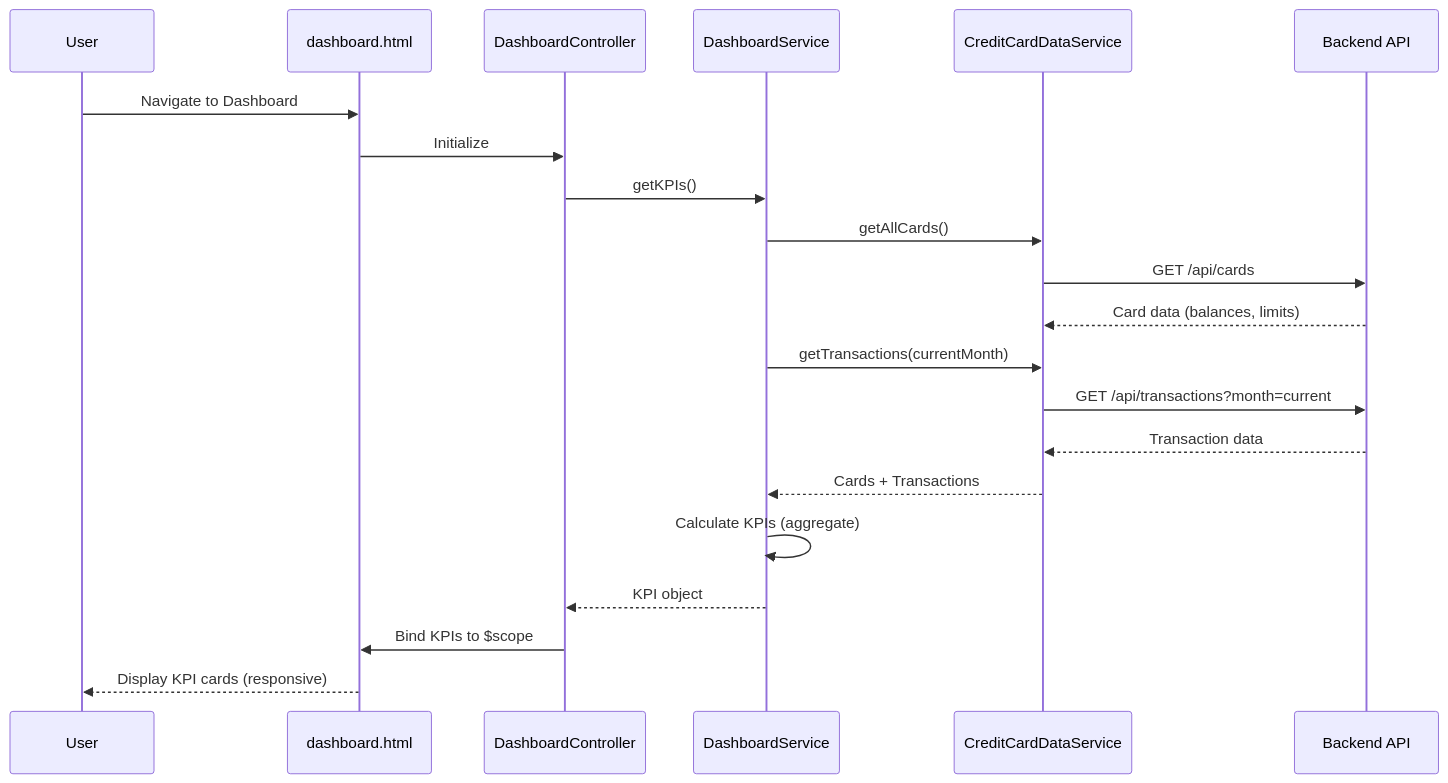
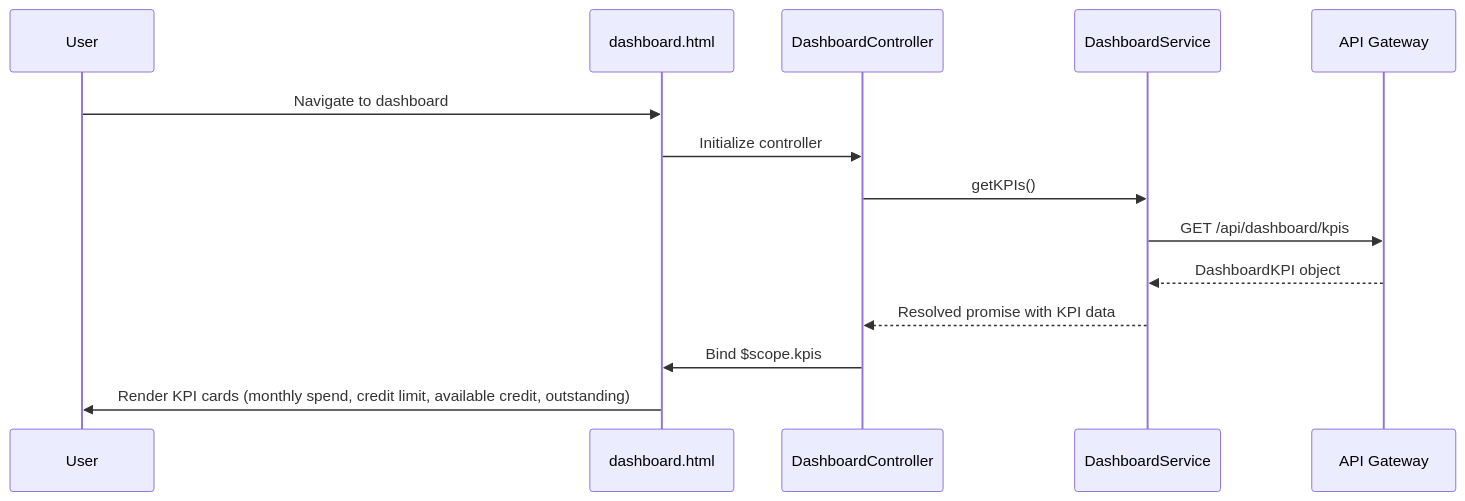
Before and after one commit to Davamani-git/APB_Demo: the diagram in LLD/QE-4860_LLD.md, drawn with Mermaid. The commit also changed other lines of this file, not shown here.

````diff
--- a/LLD/QE-4860_LLD.md
+++ b/LLD/QE-4860_LLD.md
@@ -85,24 +64,17 @@
 ```mermaid
 sequenceDiagram
     participant User
-    participant DashboardView as dashboard.html
-    participant DashboardCtrl as DashboardController
-    participant DashboardSvc as DashboardService
-    participant CardDataSvc as CreditCardDataService
-    participant API as Backend API
-
-    User->>DashboardView: Navigate to Dashboard
-    DashboardView->>DashboardCtrl: Initialize
-    DashboardCtrl->>DashboardSvc: getKPIs()
-    DashboardSvc->>CardDataSvc: getAllCards()
-    CardDataSvc->>API: GET /api/cards
-    API-->>CardDataSvc: Card data (balances, limits)
-    DashboardSvc->>CardDataSvc: getTransactions(currentMonth)
-    CardDataSvc->>API: GET /api/transactions?month=current
-    API-->>CardDataSvc: Transaction data
-    CardDataSvc-->>DashboardSvc: Cards + Transactions
-    DashboardSvc->>DashboardSvc: Calculate KPIs (aggregate)
-    DashboardSvc-->>DashboardCtrl: KPI object
-    DashboardCtrl->>DashboardView: Bind KPIs to $scope
-    DashboardView-->>User: Display KPI cards (responsive)
+    participant View as dashboard.html
+    participant Controller as DashboardController
+    participant Service as DashboardService
+    participant API as API Gateway
+    
+    User->>View: Navigate to dashboard
+    View->>Controller: Initialize controller
+    Controller->>Service: getKPIs()
+    Service->>API: GET /api/dashboard/kpis
+    API-->>Service: DashboardKPI object
+    Service-->>Controller: Resolved promise with KPI data
+    Controller->>View: Bind $scope.kpis
+    View->>User: Render KPI cards (monthly spend, credit limit, available credit, outstanding)
 ```
````
